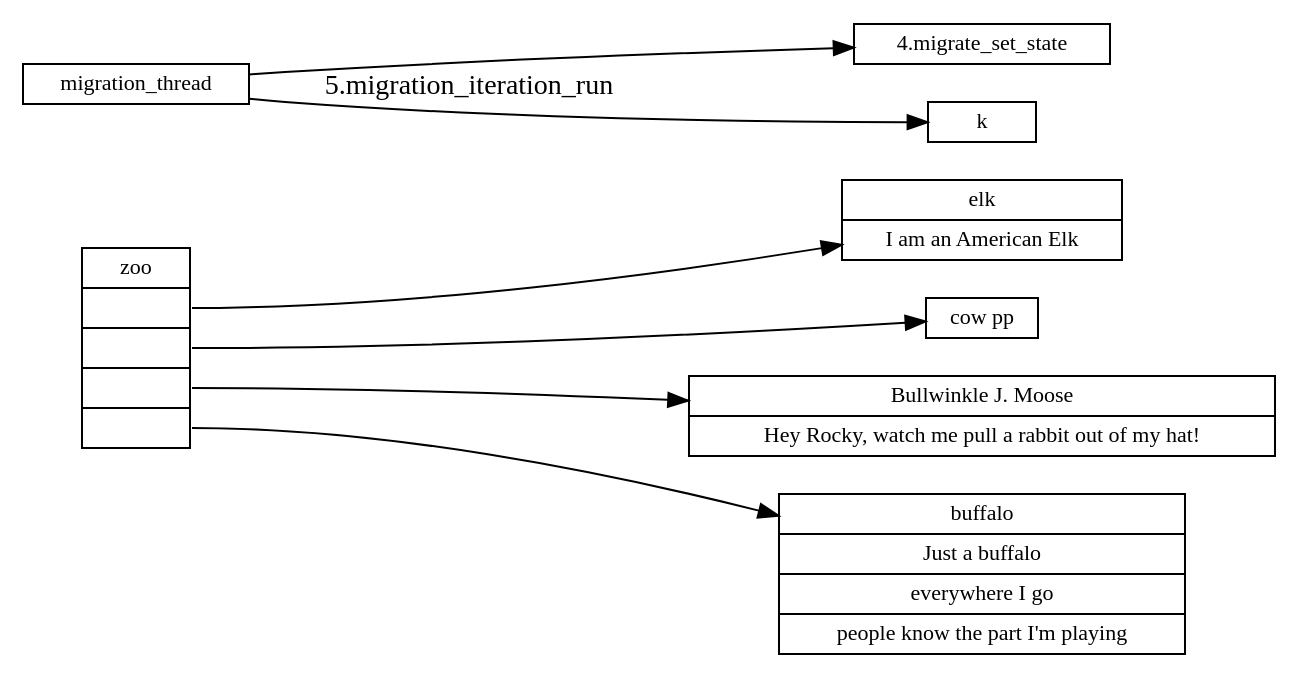
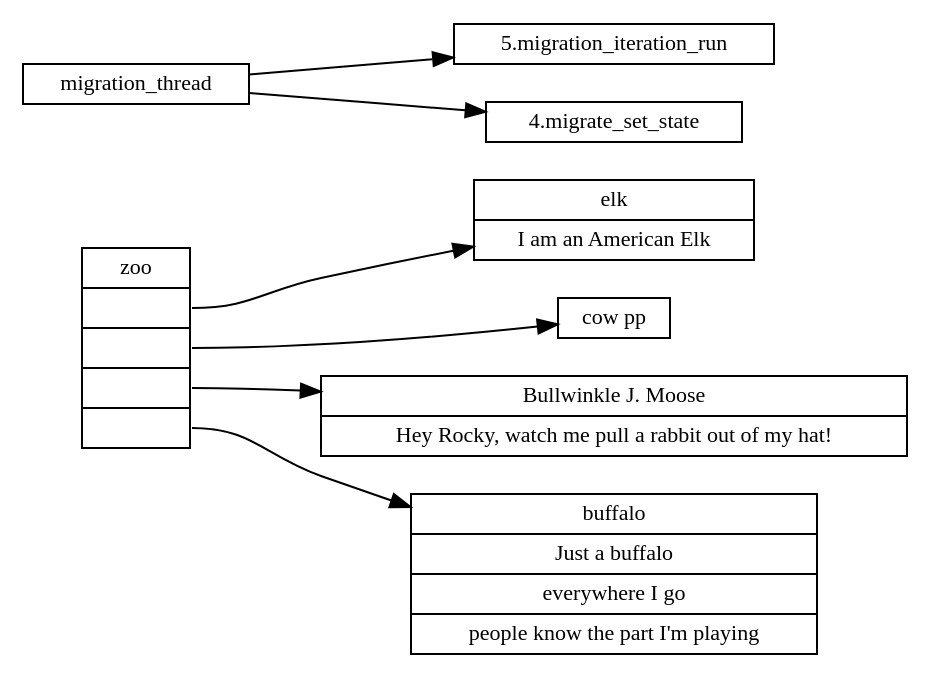
The tenth of 14 diagrams in other/graphviz/tips.md (sisyphus1212/note), drawn with Graphviz before and after one commit.

Commit message:
auto_update

````diff
--- a/other/graphviz/tips.md
+++ b/other/graphviz/tips.md
@@ -205,22 +205,23 @@
 ```graphviz
    digraph h {
      rankdir=LR;
 
      node [nojustify=false,shape=record,height=.08,fontsize=11];
      elk[label="elk|I am an American Elk"];
 
      buffalo[label="buffalo|Just a buffalo|everywhere I go|people know the part I'm playing"];
 
      cow[label="cow pp"];
+     k[label="5.migration_iteration_run"]
     migration_thread ->  "4.migrate_set_state";
-    migration_thread ->  k[label="5.migration_iteration_run"];
+    migration_thread ->  k;
      moose[label="Bullwinkle J. Moose|Hey Rocky, watch me pull a rabbit out of my hat!"];
 
      zoo [label="zoo|<p0>|<p1>|<p2>|<p3>"];
 
      zoo:p0 -> elk;
      zoo:p1 -> cow;
      zoo:p2 -> moose;
      zoo:p3 -> buffalo;
    }
 ```
````
